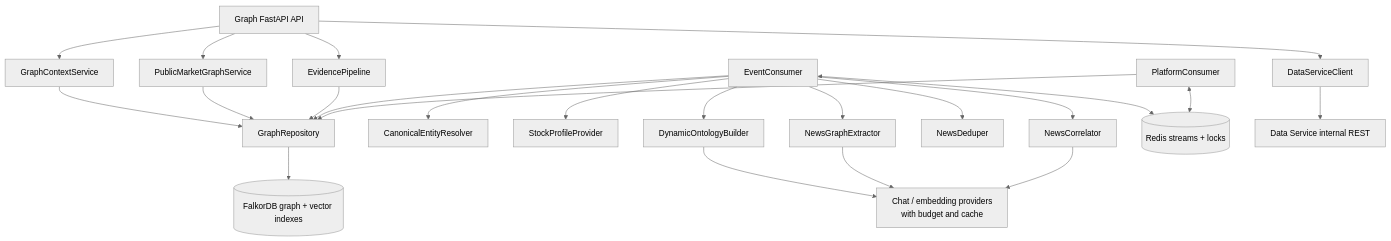
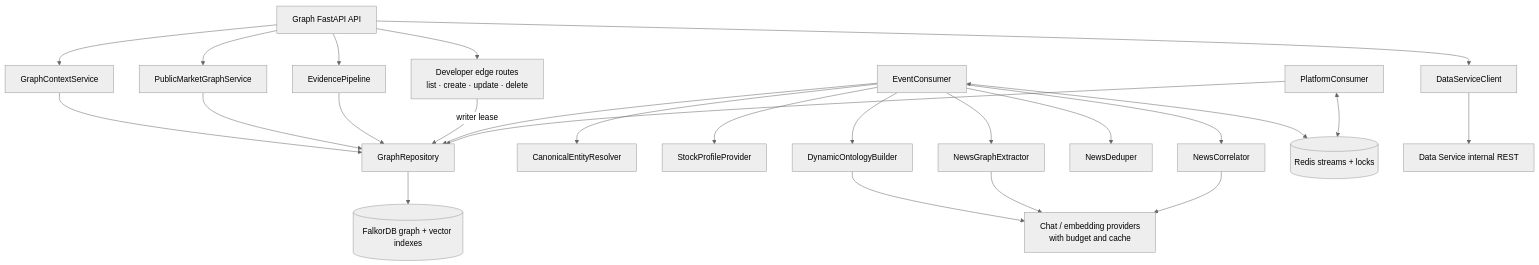
Before and after one commit to ShriNarayanPandey01/StockGraph: the first of 3 diagrams in docs/architecture/stockgraph-service.md, drawn with Mermaid (neutral theme). The commit also changed other lines of this file and 124 other files, not shown here.

````diff
--- a/docs/architecture/stockgraph-service.md
+++ b/docs/architecture/stockgraph-service.md
@@ -17,42 +17,45 @@
 ```mermaid
 flowchart TB
     API[Graph FastAPI API]
     Context[GraphContextService]
     Preview[PublicMarketGraphService]
     Evidence[EvidencePipeline]
     Repo[GraphRepository]
     Resolver[CanonicalEntityResolver]
     Profile[StockProfileProvider]
     Ontology[DynamicOntologyBuilder]
     Extractor[NewsGraphExtractor]
     Deduper[NewsDeduper]
     Correlator[NewsCorrelator]
+    DeveloperLinks[Developer edge routes\nlist · create · update · delete]
     PlatformConsumer[PlatformConsumer]
     EventConsumer[EventConsumer]
     DataClient[DataServiceClient]
     LLM[Chat / embedding providers\nwith budget and cache]
     Graph[(FalkorDB graph + vector indexes)]
     Redis[(Redis streams + locks)]
     API --> Context
     API --> Preview
     API --> Evidence
+    API --> DeveloperLinks
     API --> DataClient
     Context --> Repo
     Preview --> Repo
     Evidence --> Repo
+    DeveloperLinks -->|writer lease| Repo
     EventConsumer --> Resolver
     EventConsumer --> Profile
     EventConsumer --> Ontology
     EventConsumer --> Extractor
     EventConsumer --> Deduper
     EventConsumer --> Correlator
     Ontology --> LLM
     Extractor --> LLM
     Correlator --> LLM
     EventConsumer --> Repo
     PlatformConsumer --> Repo
     Repo --> Graph
     EventConsumer <--> Redis
     PlatformConsumer <--> Redis
     DataClient --> Data[Data Service internal REST]
 ```
````
